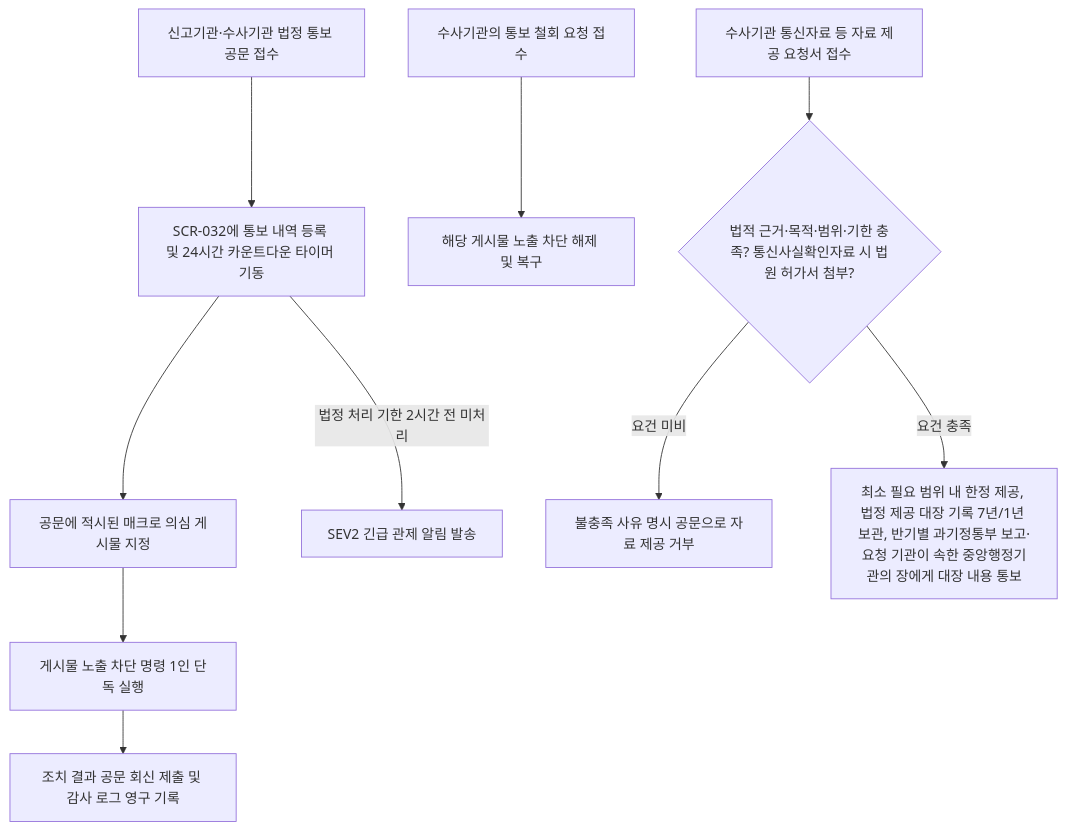
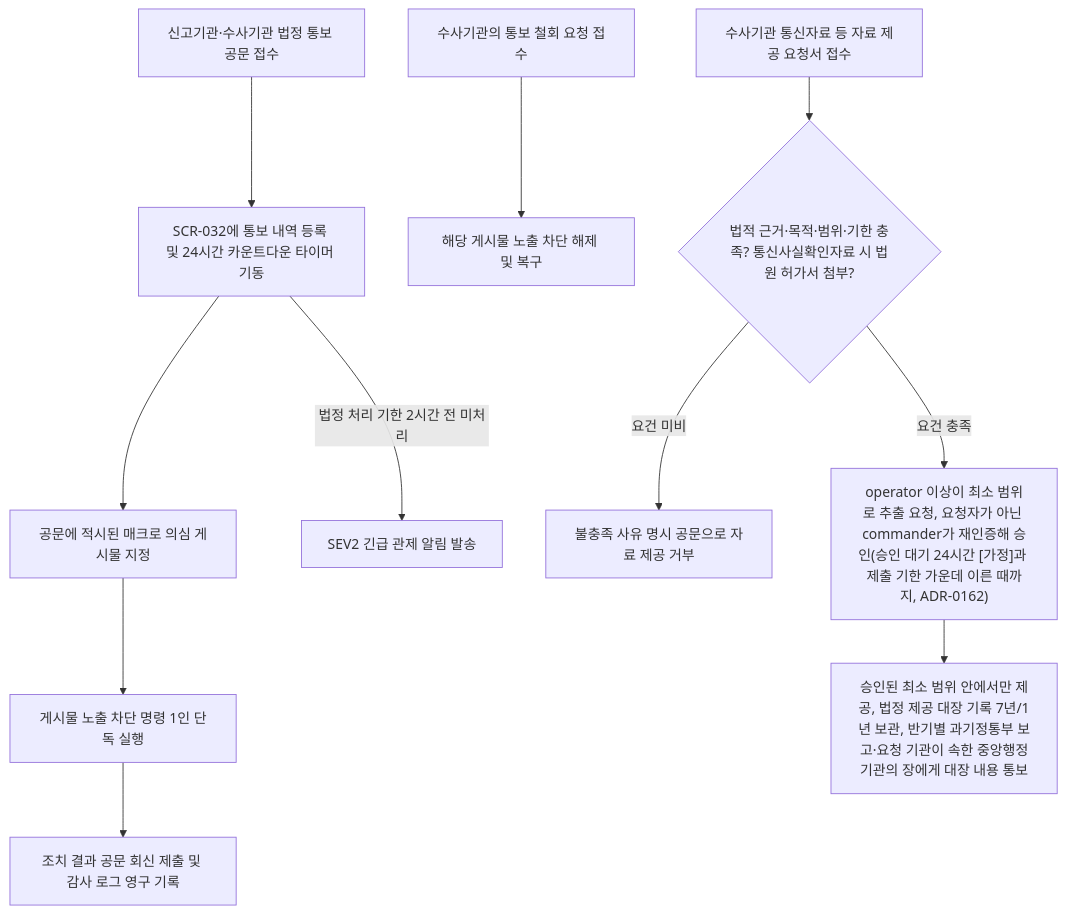
Before and after one commit to peaket/peaket: the seventh of 13 diagrams in planning/04-ia-flows-screens.md, drawn with Mermaid. The commit also changed other lines of this file and 63 other files, not shown here.

````diff
--- a/planning/04-ia-flows-screens.md
+++ b/planning/04-ia-flows-screens.md
@@ -281,11 +281,11 @@
 ```mermaid
 flowchart TD
     A[신고기관·수사기관 법정 통보 공문 접수] --> B[SCR-032에 통보 내역 등록 및 24시간 카운트다운 타이머 기동]
     B --> C[공문에 적시된 매크로 의심 게시물 지정] --> D[게시물 노출 차단 명령 1인 단독 실행]
     D --> E[조치 결과 공문 회신 제출 및 감사 로그 영구 기록]
     B -- 법정 처리 기한 2시간 전 미처리 --> F[SEV2 긴급 관제 알림 발송]
     G[수사기관의 통보 철회 요청 접수] --> H[해당 게시물 노출 차단 해제 및 복구]
     I[수사기관 통신자료 등 자료 제공 요청서 접수] --> J{법적 근거·목적·범위·기한 충족? 통신사실확인자료 시 법원 허가서 첨부?}
     J -- 요건 미비 --> K[불충족 사유 명시 공문으로 자료 제공 거부]
-    J -- 요건 충족 --> L[최소 필요 범위 내 한정 제공, 법정 제공 대장 기록 7년/1년 보관, 반기별 과기정통부 보고·요청 기관이 속한 중앙행정기관의 장에게 대장 내용 통보]
+    J -- 요건 충족 --> L0["operator 이상이 최소 범위로 추출 요청, 요청자가 아닌 commander가 재인증해 승인(승인 대기 24시간 [가정]과 제출 기한 가운데 이른 때까지, ADR-0162)"] --> L[승인된 최소 범위 안에서만 제공, 법정 제공 대장 기록 7년/1년 보관, 반기별 과기정통부 보고·요청 기관이 속한 중앙행정기관의 장에게 대장 내용 통보]
 ```
````
